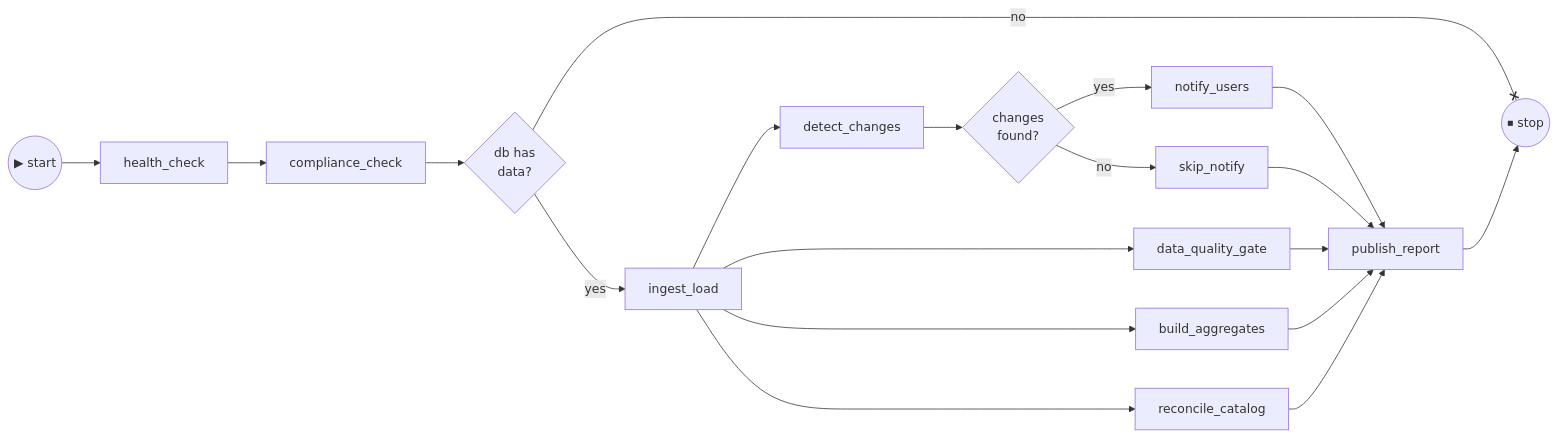
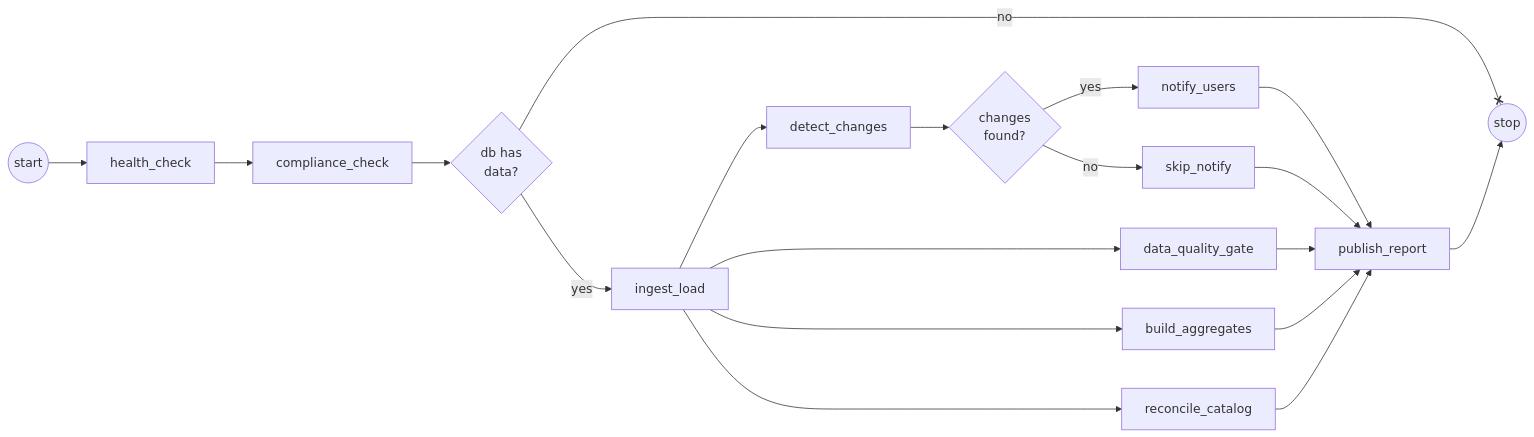
Before and after one commit to Ahmedbakr78/Web-to-Warehouse-Product-Intelligence-Pipeline: the sixth of 9 diagrams in README.md, drawn with Mermaid. The commit also changed other lines of this file, not shown here.

````diff
--- a/README.md
+++ b/README.md
@@ -246,21 +351,21 @@
 ```mermaid
 flowchart LR
-    start(("▶ start")) --> hc["health_check"]
+    start(("start")) --> hc["health_check"]
     hc --> cc["compliance_check"]
     cc --> guard{"db has<br/>data?"}
     guard -- yes --> run["ingest_load"]
-    guard -- no ----x stop
+    guard -- no ----x stop(("stop"))
     run --> det["detect_changes"]
     run --> dq["data_quality_gate"]
     run --> agg["build_aggregates"]
     run --> rec["reconcile_catalog"]
     det --> br{"changes<br/>found?"}
     br -- yes --> notify["notify_users"]
     br -- no --> skip["skip_notify"]
     notify --> rep["publish_report"]
     skip --> rep
     dq --> rep
     agg --> rep
     rec --> rep
-    rep --> stop(("⏹ stop"))
+    rep --> stop
 ```
````
